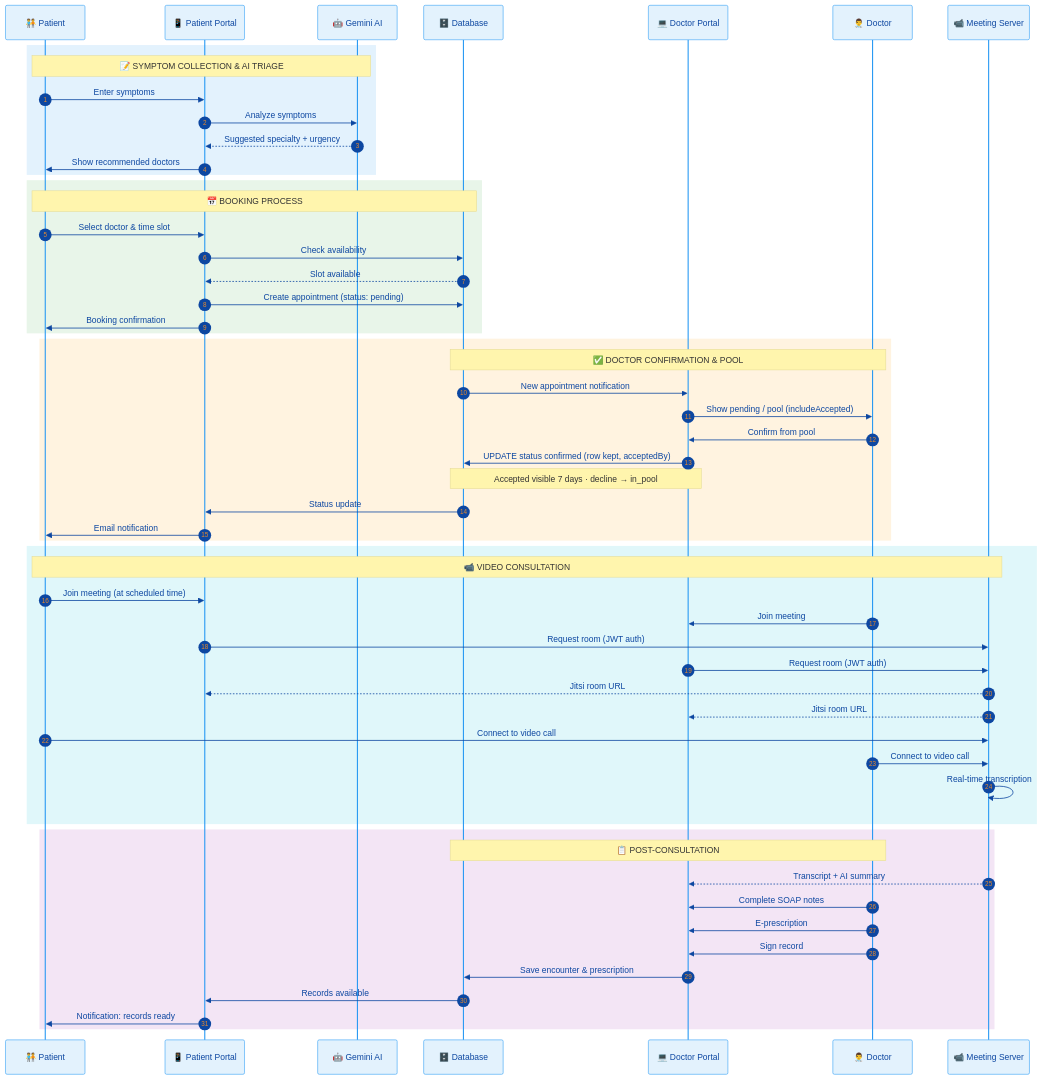
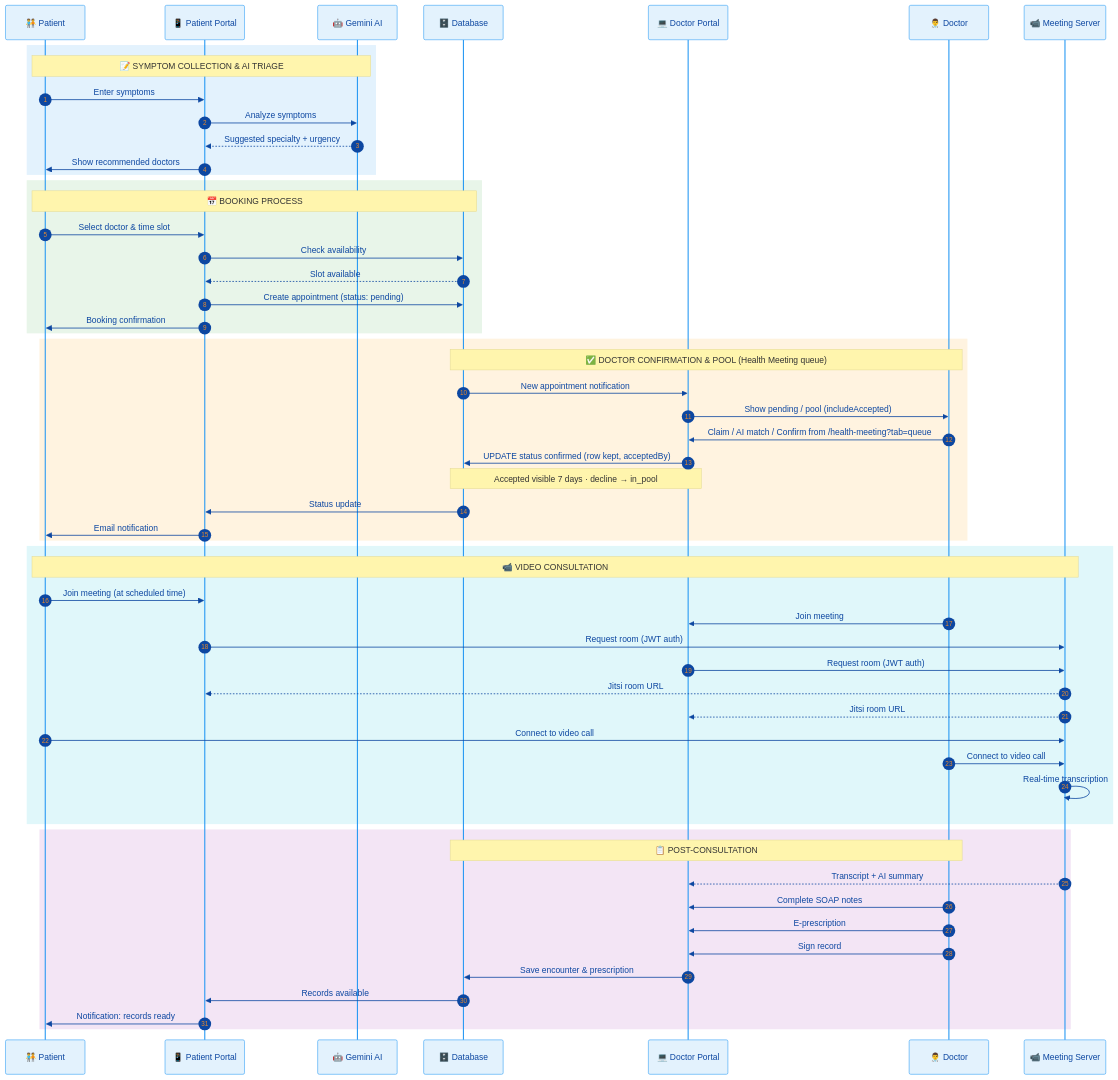
One commit to chiraleo2000/Isara-Anywhere changed the diagram in Documents/Presentations/diagrams/04-appointment-workflow.mmd. Above: the diagram before and after it, drawn with Mermaid. The commit also changed 1697 other files, not shown here.

```diff
--- a/Documents/Presentations/diagrams/04-appointment-workflow.mmd
+++ b/Documents/Presentations/diagrams/04-appointment-workflow.mmd
@@ -1,73 +1,73 @@
 %%{init: {
   'theme': 'base',
   'themeVariables': {
     'primaryColor': '#E3F2FD',
     'primaryTextColor': '#0D47A1',
     'primaryBorderColor': '#2196F3',
     'lineColor': '#1976D2',
     'fontSize': '20px',
     'fontFamily': 'Segoe UI, Arial'
   }
 }}%%
 
 sequenceDiagram
     autonumber
     participant P as 🧑‍🤝‍🧑 Patient
     participant PP as 📱 Patient Portal
     participant AI as 🤖 Gemini AI
     participant DB as 🗄️ Database
     participant DP as 💻 Doctor Portal
     participant D as 👨‍⚕️ Doctor
     participant MS as 📹 Meeting Server
 
     rect rgb(227, 242, 253)
         Note over P,AI: 📝 SYMPTOM COLLECTION & AI TRIAGE
         P->>PP: Enter symptoms
         PP->>AI: Analyze symptoms
         AI-->>PP: Suggested specialty + urgency
         PP->>P: Show recommended doctors
     end
 
     rect rgb(232, 245, 233)
         Note over P,DB: 📅 BOOKING PROCESS
         P->>PP: Select doctor & time slot
         PP->>DB: Check availability
         DB-->>PP: Slot available
         PP->>DB: Create appointment (status: pending)
         PP->>P: Booking confirmation
     end
 
     rect rgb(255, 243, 224)
-        Note over DB,D: ✅ DOCTOR CONFIRMATION & POOL
+        Note over DB,D: ✅ DOCTOR CONFIRMATION & POOL (Health Meeting queue)
         DB->>DP: New appointment notification
         DP->>D: Show pending / pool (includeAccepted)
-        D->>DP: Confirm from pool
+        D->>DP: Claim / AI match / Confirm from /health-meeting?tab=queue
         DP->>DB: UPDATE status confirmed (row kept, acceptedBy)
         Note over DB,DP: Accepted visible 7 days · decline → in_pool
         DB->>PP: Status update
         PP->>P: Email notification
     end
 
     rect rgb(224, 247, 250)
         Note over P,MS: 📹 VIDEO CONSULTATION
         P->>PP: Join meeting (at scheduled time)
         D->>DP: Join meeting
         PP->>MS: Request room (JWT auth)
         DP->>MS: Request room (JWT auth)
         MS-->>PP: Jitsi room URL
         MS-->>DP: Jitsi room URL
         P->>MS: Connect to video call
         D->>MS: Connect to video call
         MS->>MS: Real-time transcription
     end
 
     rect rgb(243, 229, 245)
         Note over D,DB: 📋 POST-CONSULTATION
         MS-->>DP: Transcript + AI summary
         D->>DP: Complete SOAP notes
         D->>DP: E-prescription
         D->>DP: Sign record
         DP->>DB: Save encounter & prescription
         DB->>PP: Records available
         PP->>P: Notification: records ready
     end
```
